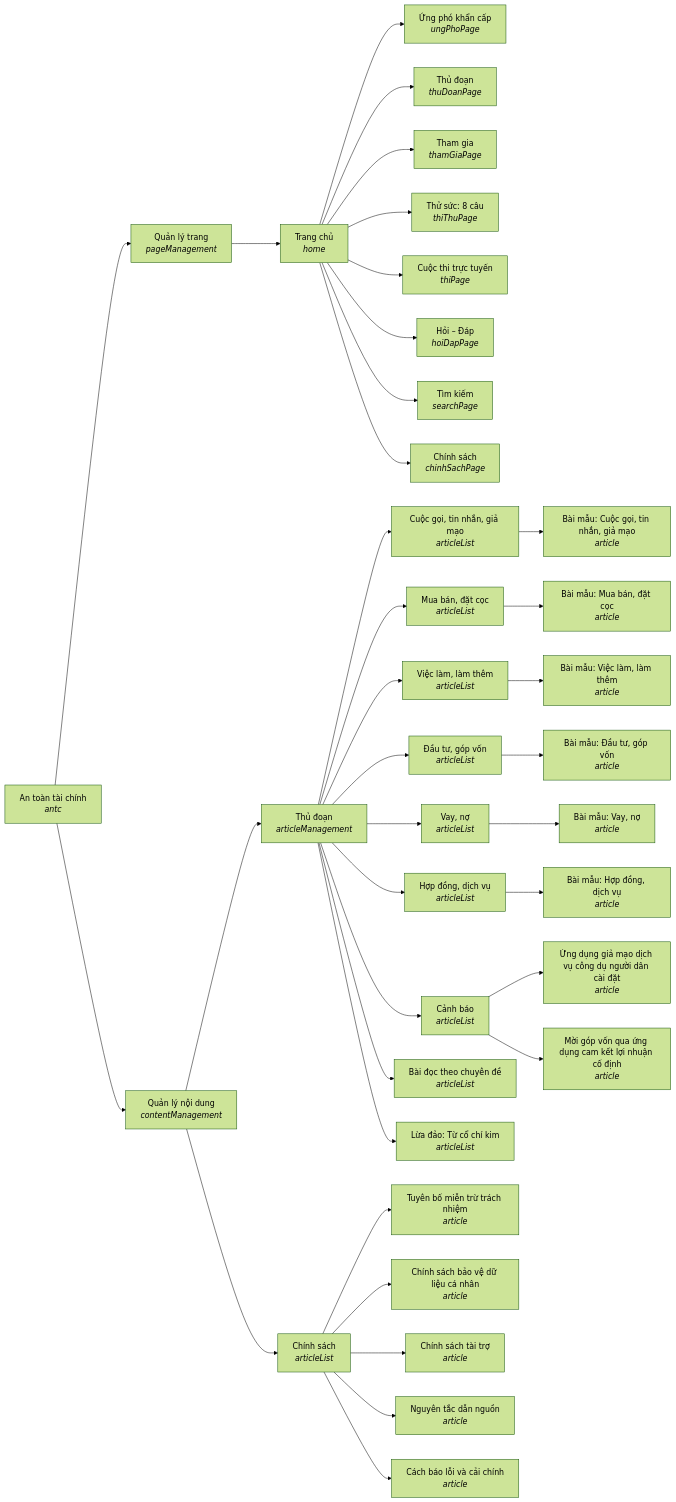
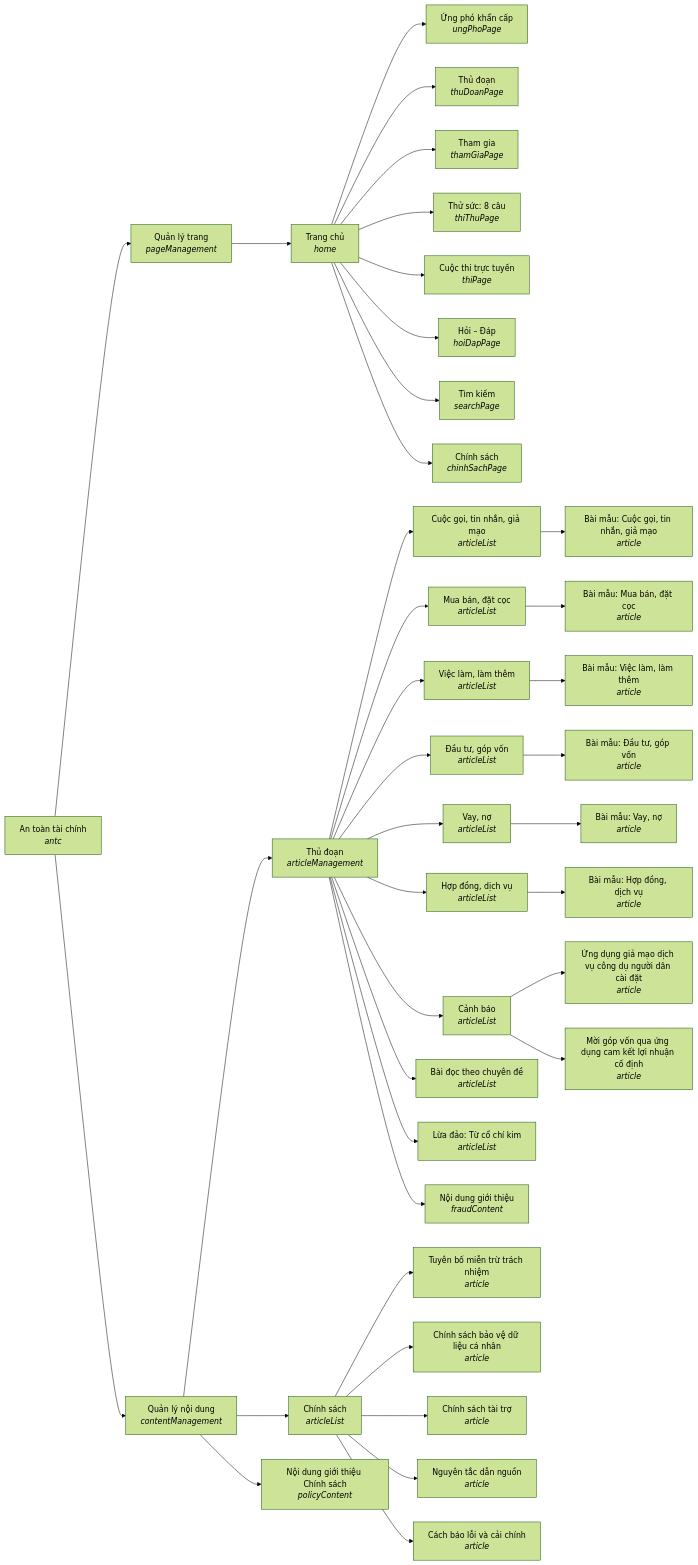
One commit to anhnoname97/antc changed the third of 3 diagrams in docs/so-do/SO-DO.md. Above: the diagram before and after it, drawn with Mermaid (forest theme). The commit also changed other lines of this file and 28 other files, not shown here.

First line of the commit message:
feat(articles): provide fraud and policy content APIs

````diff
--- a/docs/so-do/SO-DO.md
+++ b/docs/so-do/SO-DO.md
@@ -122,74 +127,78 @@
 ```mermaid
 graph LR
   n068471f0_605e_57ee_b164_547aee46bc79["An toàn tài chính<br/><i>antc</i>"]
   n437e3947_4f08_52e1_baee_75907a540fac["Quản lý trang<br/><i>pageManagement</i>"]
   nd660b5ab_7cd1_48b5_b6e1_1ab56b8218cd["Trang chủ<br/><i>home</i>"]
   n56e74727_59ec_4225_b2ce_ce853ad893ca["Ứng phó khẩn cấp<br/><i>ungPhoPage</i>"]
   nd660b5ab_7cd1_48b5_b6e1_1ab56b8218cd --> n56e74727_59ec_4225_b2ce_ce853ad893ca
   n9ba61825_fa98_4e40_b442_772096d614f8["Thủ đoạn<br/><i>thuDoanPage</i>"]
   nd660b5ab_7cd1_48b5_b6e1_1ab56b8218cd --> n9ba61825_fa98_4e40_b442_772096d614f8
   nb94dab90_8dee_4ff4_b934_c1fb7f723c61["Tham gia<br/><i>thamGiaPage</i>"]
   nd660b5ab_7cd1_48b5_b6e1_1ab56b8218cd --> nb94dab90_8dee_4ff4_b934_c1fb7f723c61
   n6661be33_d417_4400_8828_952da9908c86["Thử sức: 8 câu<br/><i>thiThuPage</i>"]
   nd660b5ab_7cd1_48b5_b6e1_1ab56b8218cd --> n6661be33_d417_4400_8828_952da9908c86
   n88abf9ef_fb93_45c5_9cff_4aa76ca6f250["Cuộc thi trực tuyến<br/><i>thiPage</i>"]
   nd660b5ab_7cd1_48b5_b6e1_1ab56b8218cd --> n88abf9ef_fb93_45c5_9cff_4aa76ca6f250
   nb3ce7bf1_aa24_4acf_9bfd_8cd02d8f784e["Hỏi – Đáp<br/><i>hoiDapPage</i>"]
   nd660b5ab_7cd1_48b5_b6e1_1ab56b8218cd --> nb3ce7bf1_aa24_4acf_9bfd_8cd02d8f784e
   n56fa7c6b_f4e1_44be_8200_ec8be7404349["Tìm kiếm<br/><i>searchPage</i>"]
   nd660b5ab_7cd1_48b5_b6e1_1ab56b8218cd --> n56fa7c6b_f4e1_44be_8200_ec8be7404349
   ndc0bff3b_10be_53d5_87dc_d23ea675fd94["Chính sách<br/><i>chinhSachPage</i>"]
   nd660b5ab_7cd1_48b5_b6e1_1ab56b8218cd --> ndc0bff3b_10be_53d5_87dc_d23ea675fd94
   n437e3947_4f08_52e1_baee_75907a540fac --> nd660b5ab_7cd1_48b5_b6e1_1ab56b8218cd
   n068471f0_605e_57ee_b164_547aee46bc79 --> n437e3947_4f08_52e1_baee_75907a540fac
   n5a1e0af5_bbf2_54ed_a359_bc4716736ea5["Quản lý nội dung<br/><i>contentManagement</i>"]
   n33df5aae_5658_5ea1_8b01_500630acfd60["Thủ đoạn<br/><i>articleManagement</i>"]
   nf9386cdc_74f6_4893_acc8_eba3162cc7c0["Cuộc gọi, tin nhắn, giả mạo<br/><i>articleList</i>"]
   n90ab7780_e72b_4d53_ae5a_147dfb353e03["Bài mẫu: Cuộc gọi, tin nhắn, giả mạo<br/><i>article</i>"]
   nf9386cdc_74f6_4893_acc8_eba3162cc7c0 --> n90ab7780_e72b_4d53_ae5a_147dfb353e03
   n33df5aae_5658_5ea1_8b01_500630acfd60 --> nf9386cdc_74f6_4893_acc8_eba3162cc7c0
   nfd38232c_0847_4379_9ccb_aba5ee852401["Mua bán, đặt cọc<br/><i>articleList</i>"]
   nd8e9bb9f_9494_4ec1_bfb1_8b862a2ddf84["Bài mẫu: Mua bán, đặt cọc<br/><i>article</i>"]
   nfd38232c_0847_4379_9ccb_aba5ee852401 --> nd8e9bb9f_9494_4ec1_bfb1_8b862a2ddf84
   n33df5aae_5658_5ea1_8b01_500630acfd60 --> nfd38232c_0847_4379_9ccb_aba5ee852401
   n9404a4c7_3fa8_4791_9c9e_dd677f5f3d49["Việc làm, làm thêm<br/><i>articleList</i>"]
   nadbb6788_1e56_411e_a493_aa42e457fc63["Bài mẫu: Việc làm, làm thêm<br/><i>article</i>"]
   n9404a4c7_3fa8_4791_9c9e_dd677f5f3d49 --> nadbb6788_1e56_411e_a493_aa42e457fc63
   n33df5aae_5658_5ea1_8b01_500630acfd60 --> n9404a4c7_3fa8_4791_9c9e_dd677f5f3d49
   n928d8fe6_a83a_425c_a71e_419e28d0d3c3["Đầu tư, góp vốn<br/><i>articleList</i>"]
   nba05466b_4f4e_4a74_9d1c_db6d35b27cf3["Bài mẫu: Đầu tư, góp vốn<br/><i>article</i>"]
   n928d8fe6_a83a_425c_a71e_419e28d0d3c3 --> nba05466b_4f4e_4a74_9d1c_db6d35b27cf3
   n33df5aae_5658_5ea1_8b01_500630acfd60 --> n928d8fe6_a83a_425c_a71e_419e28d0d3c3
   n0400f699_d1d5_4ad1_8b76_91722ba48a77["Vay, nợ<br/><i>articleList</i>"]
   n1c05cd5b_9cb3_42ab_8992_18308d3e0332["Bài mẫu: Vay, nợ<br/><i>article</i>"]
   n0400f699_d1d5_4ad1_8b76_91722ba48a77 --> n1c05cd5b_9cb3_42ab_8992_18308d3e0332
   n33df5aae_5658_5ea1_8b01_500630acfd60 --> n0400f699_d1d5_4ad1_8b76_91722ba48a77
   ncbcea9dd_b92a_4d94_9d43_0487077fe916["Hợp đồng, dịch vụ<br/><i>articleList</i>"]
   naf76aeed_93a0_4872_8d27_8f8a4ee64657["Bài mẫu: Hợp đồng, dịch vụ<br/><i>article</i>"]
   ncbcea9dd_b92a_4d94_9d43_0487077fe916 --> naf76aeed_93a0_4872_8d27_8f8a4ee64657
   n33df5aae_5658_5ea1_8b01_500630acfd60 --> ncbcea9dd_b92a_4d94_9d43_0487077fe916
   ncda7084d_12ac_4edf_bbd9_94b53d78cecc["Cảnh báo<br/><i>articleList</i>"]
   n3efa48cc_59f6_4dcf_afc8_ac76442f4135["Ứng dụng giả mạo dịch vụ công dụ người dân cài đặt<br/><i>article</i>"]
   ncda7084d_12ac_4edf_bbd9_94b53d78cecc --> n3efa48cc_59f6_4dcf_afc8_ac76442f4135
   nc2d699ab_57b1_4ded_b55e_5a02c178a556["Mời góp vốn qua ứng dụng cam kết lợi nhuận cố định<br/><i>article</i>"]
   ncda7084d_12ac_4edf_bbd9_94b53d78cecc --> nc2d699ab_57b1_4ded_b55e_5a02c178a556
   n33df5aae_5658_5ea1_8b01_500630acfd60 --> ncda7084d_12ac_4edf_bbd9_94b53d78cecc
   ne2aa83a7_8e13_436b_9569_8de11c44ce4d["Bài đọc theo chuyên đề<br/><i>articleList</i>"]
   n33df5aae_5658_5ea1_8b01_500630acfd60 --> ne2aa83a7_8e13_436b_9569_8de11c44ce4d
   n3ca68856_dc5b_4335_af7d_42addb4e4db6["Lừa đảo: Từ cổ chí kim<br/><i>articleList</i>"]
   n33df5aae_5658_5ea1_8b01_500630acfd60 --> n3ca68856_dc5b_4335_af7d_42addb4e4db6
+  nb514b99f_0e40_570d_bf72_f5b9c98f3b20["Nội dung giới thiệu<br/><i>fraudContent</i>"]
+  n33df5aae_5658_5ea1_8b01_500630acfd60 --> nb514b99f_0e40_570d_bf72_f5b9c98f3b20
   n5a1e0af5_bbf2_54ed_a359_bc4716736ea5 --> n33df5aae_5658_5ea1_8b01_500630acfd60
   n2de3a8b9_e4b6_4348_9321_9b979aa1f398["Chính sách<br/><i>articleList</i>"]
   n0193cd20_026f_4a33_8f04_b5bf5fc3c0fc["Tuyên bố miễn trừ trách nhiệm<br/><i>article</i>"]
   n2de3a8b9_e4b6_4348_9321_9b979aa1f398 --> n0193cd20_026f_4a33_8f04_b5bf5fc3c0fc
   n66d90202_dc1e_4396_bed0_4d7c02305283["Chính sách bảo vệ dữ liệu cá nhân<br/><i>article</i>"]
   n2de3a8b9_e4b6_4348_9321_9b979aa1f398 --> n66d90202_dc1e_4396_bed0_4d7c02305283
   n6eed8736_db48_4151_bb71_0fac9635d1aa["Chính sách tài trợ<br/><i>article</i>"]
   n2de3a8b9_e4b6_4348_9321_9b979aa1f398 --> n6eed8736_db48_4151_bb71_0fac9635d1aa
   n1767e333_7dc2_486a_a48b_23b1cbdc86ac["Nguyên tắc dẫn nguồn<br/><i>article</i>"]
   n2de3a8b9_e4b6_4348_9321_9b979aa1f398 --> n1767e333_7dc2_486a_a48b_23b1cbdc86ac
   n7a2fe7ec_f999_46e2_9029_db9943057404["Cách báo lỗi và cải chính<br/><i>article</i>"]
   n2de3a8b9_e4b6_4348_9321_9b979aa1f398 --> n7a2fe7ec_f999_46e2_9029_db9943057404
   n5a1e0af5_bbf2_54ed_a359_bc4716736ea5 --> n2de3a8b9_e4b6_4348_9321_9b979aa1f398
+  n2c005e78_f6d3_5403_9cdf_0ac15562d9c0["Nội dung giới thiệu Chính sách<br/><i>policyContent</i>"]
+  n5a1e0af5_bbf2_54ed_a359_bc4716736ea5 --> n2c005e78_f6d3_5403_9cdf_0ac15562d9c0
   n068471f0_605e_57ee_b164_547aee46bc79 --> n5a1e0af5_bbf2_54ed_a359_bc4716736ea5
 ```
````
